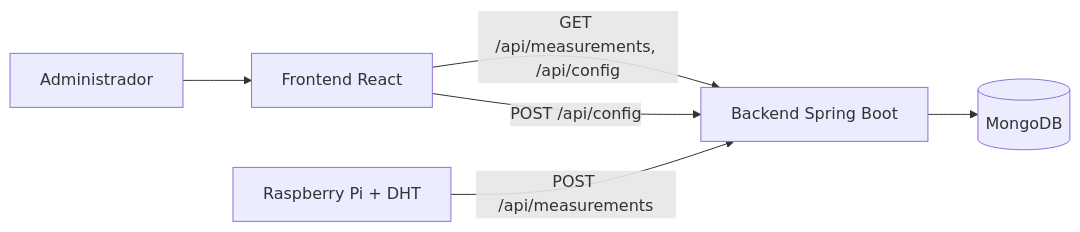
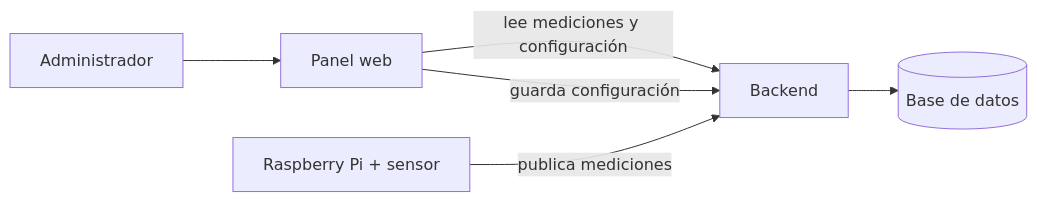
Before and after one commit to andinogabriel/plc-control-frontend: the diagram in README.md, drawn with Mermaid. The commit also changed other lines of this file, not shown here.

First line of the commit message:
@ docs: refactor frontend README to a high-level, business-focused overview

````diff
--- a/README.md
+++ b/README.md
@@ -19,8 +47,8 @@
 ```mermaid
 flowchart LR
-  Admin[Administrador] --> Front[Frontend React]
-  Front -->|GET /api/measurements, /api/config| API[Backend Spring Boot]
-  Front -->|POST /api/config| API
-  API --> DB[(MongoDB)]
-  RPi[Raspberry Pi + DHT] -->|POST /api/measurements| API
+  Admin[Administrador] --> Front[Panel web]
+  Front -->|lee mediciones y configuración| API[Backend]
+  Front -->|guarda configuración| API
+  API --> DB[(Base de datos)]
+  RPi[Raspberry Pi + sensor] -->|publica mediciones| API
 ```
````
